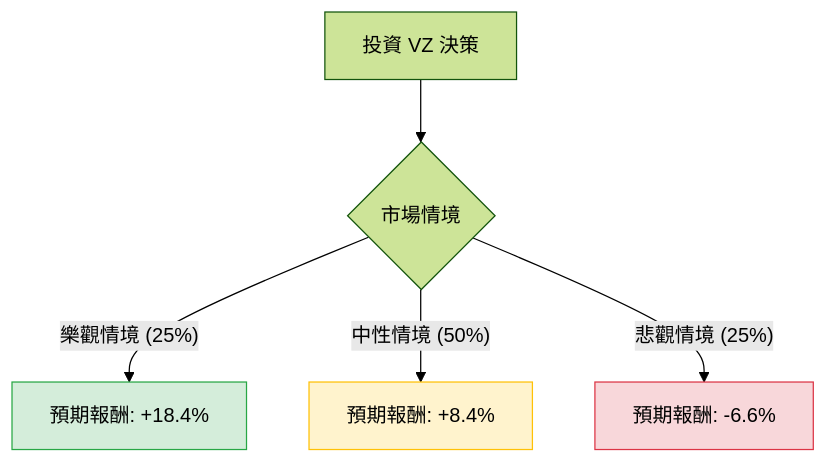
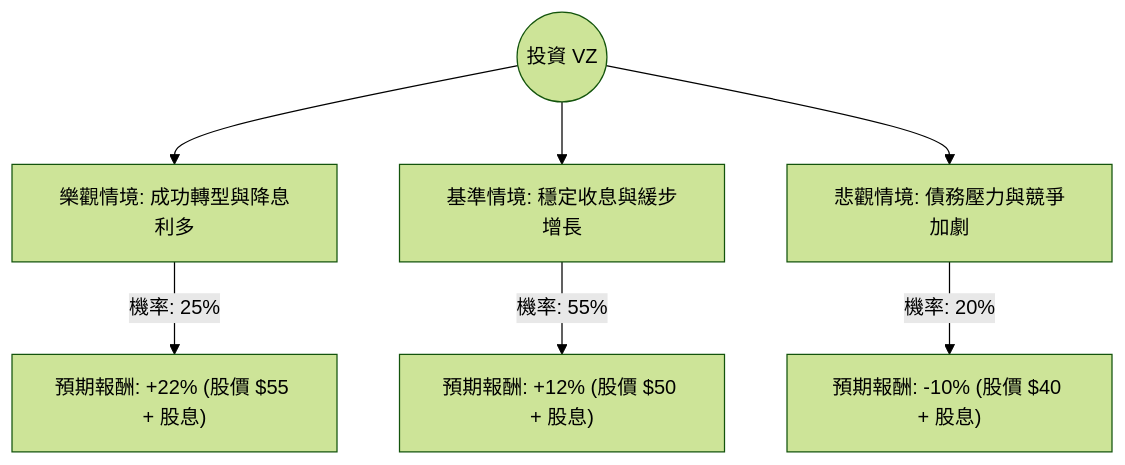
One commit to zmcx16/zmcx16.github.io changed the diagram in plugin-react/ai-analysis/ev-analysis/VZ.md. Above: the diagram before and after it, drawn with Mermaid (forest theme). The commit also changed other lines of this file and 81 other files, not shown here.

````diff
--- a/plugin-react/ai-analysis/ev-analysis/VZ.md
+++ b/plugin-react/ai-analysis/ev-analysis/VZ.md
@@ -20,12 +20,10 @@
 ```mermaid
 graph TD
-    A[投資 VZ 決策] --> B{市場情境}
-    
-    B -- 樂觀情境 (25%) --> C[預期報酬: +18.4%]
-    B -- 中性情境 (50%) --> D[預期報酬: +8.4%]
-    B -- 悲觀情境 (25%) --> E[預期報酬: -6.6%]
+    Start((投資 VZ)) --> Bull[樂觀情境: 成功轉型與降息利多]
+    Start --> Base[基準情境: 穩定收息與緩步增長]
+    Start --> Bear[悲觀情境: 債務壓力與競爭加劇]
 
-    style C fill:#d4edda,stroke:#28a745
-    style D fill:#fff3cd,stroke:#ffc107
-    style E fill:#f8d7da,stroke:#dc3545
+    Bull -- "機率: 25%" --> BullVal["預期報酬: +22% (股價 $55 + 股息)"]
+    Base -- "機率: 55%" --> BaseVal["預期報酬: +12% (股價 $50 + 股息)"]
+    Bear -- "機率: 20%" --> BearVal["預期報酬: -10% (股價 $40 + 股息)"]
 ```
````
